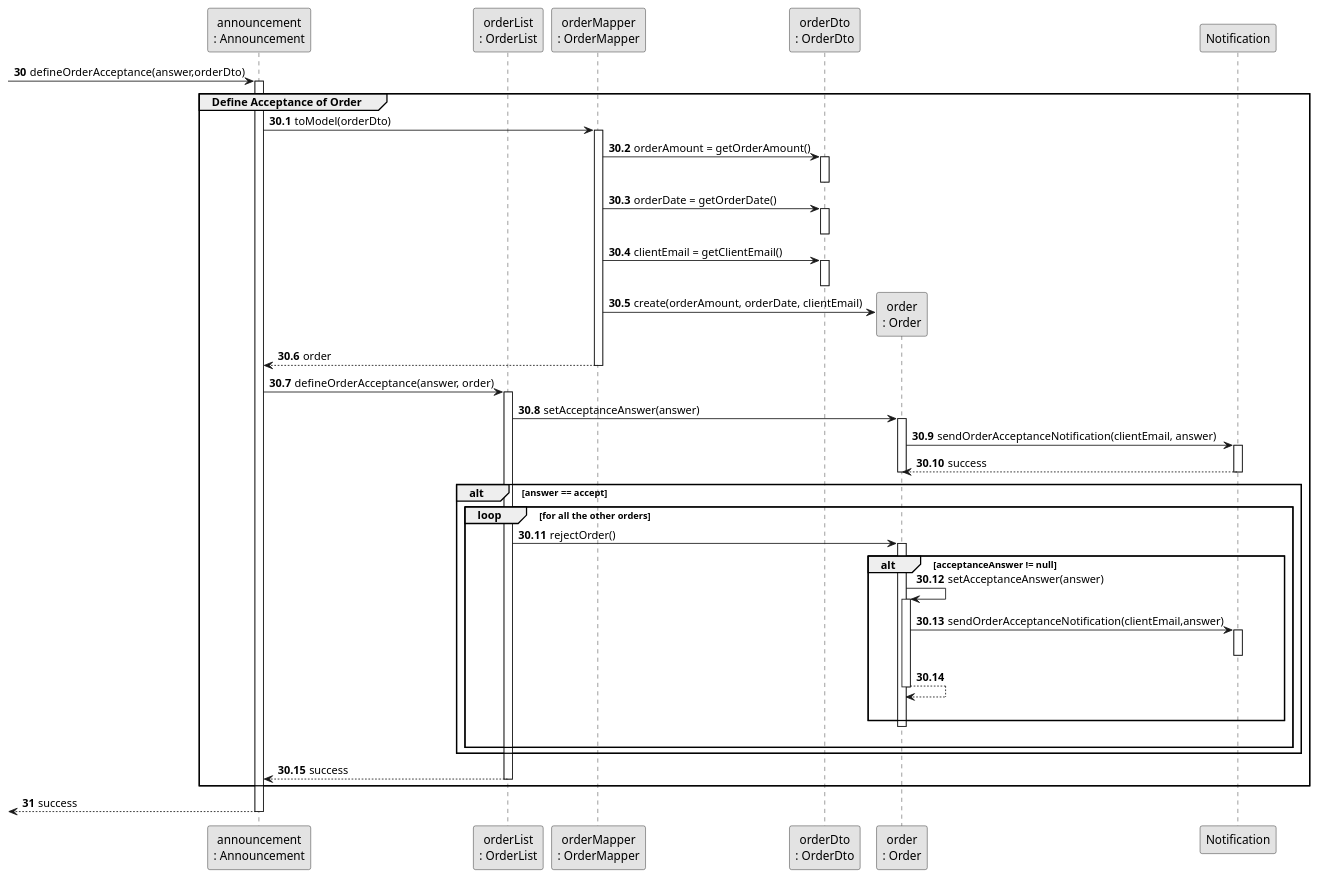
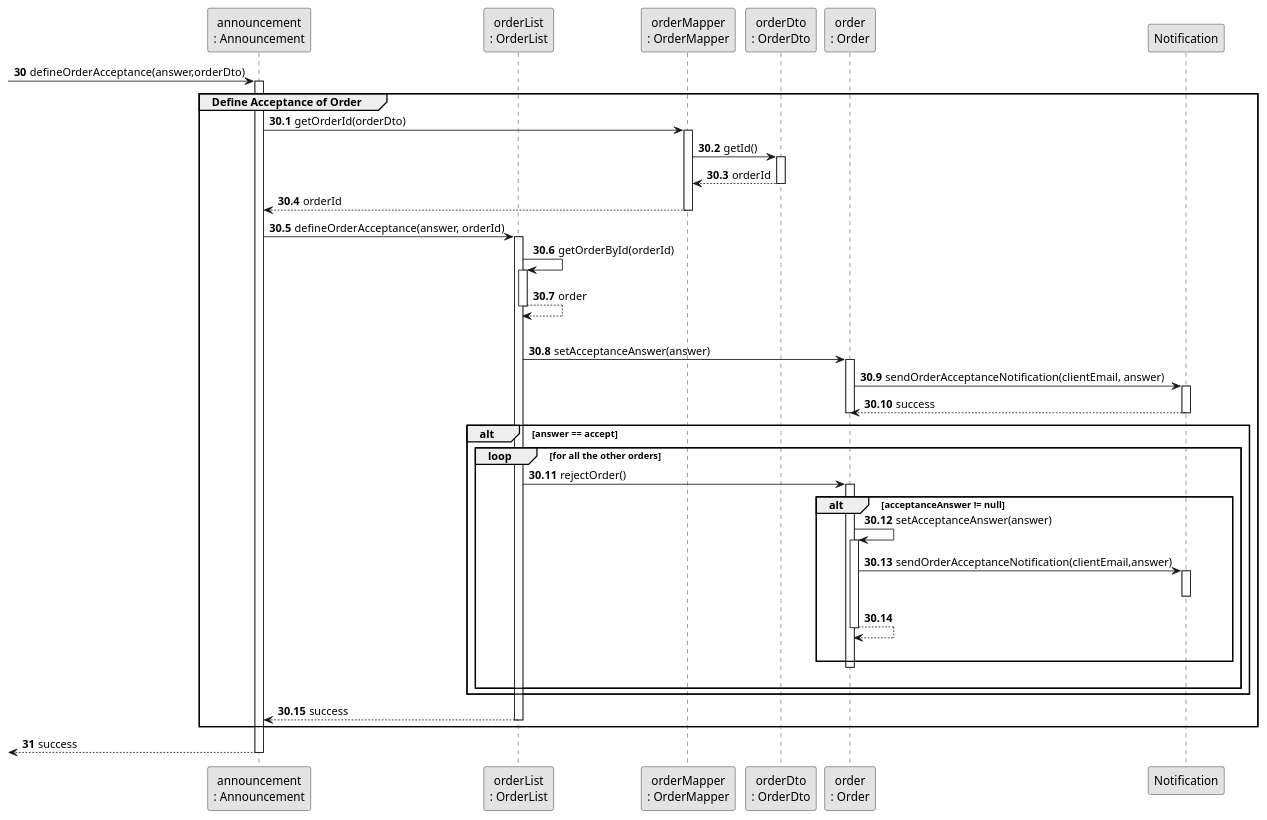
Before and after one commit to rita-barbosa/LAPR2-2223: the diagram in docs/sprintC/us011/03.design/puml/us011-sequence-diagram-partial-define-acceptance.puml, drawn with PlantUML. The commit also changed 11 other files, not shown here.

Commit message:
Update diagrams: sequence & class [US011][Design][#05 Task]

```diff
--- a/docs/sprintC/us011/03.design/puml/us011-sequence-diagram-partial-define-acceptance.puml
+++ b/docs/sprintC/us011/03.design/puml/us011-sequence-diagram-partial-define-acceptance.puml
@@ -1,88 +1,85 @@
 @startuml
 skinparam monochrome true
 skinparam packageStyle rectangle
 skinparam shadowing false
 
 
 participant "announcement\n: Announcement" as Announce
 participant "orderList\n: OrderList" as OrderList
 participant "orderMapper\n: OrderMapper" as OrderMapper
 participant "orderDto\n: OrderDto" as OrderDTO
 participant "order\n: Order" as Order
 
 
 autonumber 30
     -> Announce : defineOrderAcceptance(answer,orderDto)
     activate Announce
 
 group Define Acceptance of Order
 autonumber 30.1
-    Announce -> OrderMapper: toModel(orderDto)
+    Announce -> OrderMapper: getOrderId(orderDto)
     activate OrderMapper
 
-    OrderMapper -> OrderDTO : orderAmount = getOrderAmount()
+    OrderMapper -> OrderDTO : getId()
     activate OrderDTO
+    OrderDTO --> OrderMapper: orderId
     deactivate OrderDTO
 
-    OrderMapper -> OrderDTO : orderDate = getOrderDate()
-    activate OrderDTO
-    deactivate OrderDTO
-
-    OrderMapper -> OrderDTO : clientEmail = getClientEmail()
-    activate OrderDTO
-    deactivate OrderDTO
-
-    OrderMapper -> Order** : create(orderAmount, orderDate, clientEmail)
-
-    OrderMapper --> Announce : order
+    OrderMapper --> Announce : orderId
     deactivate OrderMapper
 
-    Announce -> OrderList : defineOrderAcceptance(answer, order)
+    Announce -> OrderList : defineOrderAcceptance(answer, orderId)
     activate OrderList
 
+    OrderList -> OrderList : getOrderById(orderId)
+    activate OrderList
+
+    OrderList --> OrderList : order
+    deactivate OrderList
+    |||
     OrderList -> Order : setAcceptanceAnswer(answer)
     activate Order
 
     Order -> Notification: sendOrderAcceptanceNotification(clientEmail, answer)
     activate Notification
     Notification --> Order : success
     deactivate Notification
 
     deactivate Order
         alt answer == accept
 
             loop for all the other orders
 
             OrderList -> Order : rejectOrder()
             activate Order
 
             alt acceptanceAnswer != null
             Order -> Order : setAcceptanceAnswer(answer)
             activate Order
 
             Order -> Notification: sendOrderAcceptanceNotification(clientEmail,answer)
             activate Notification
             deactivate Notification
 
             Order --> Order:
             deactivate Order
              |||
             end alt
             deactivate Order
             |||
             end loop
 
         end alt
     OrderList --> Announce: success
     deactivate OrderList
 
 end group
 
 autonumber 31
     <-- Announce: success
     deactivate Announce
 
 
 
 
 @enduml
```
